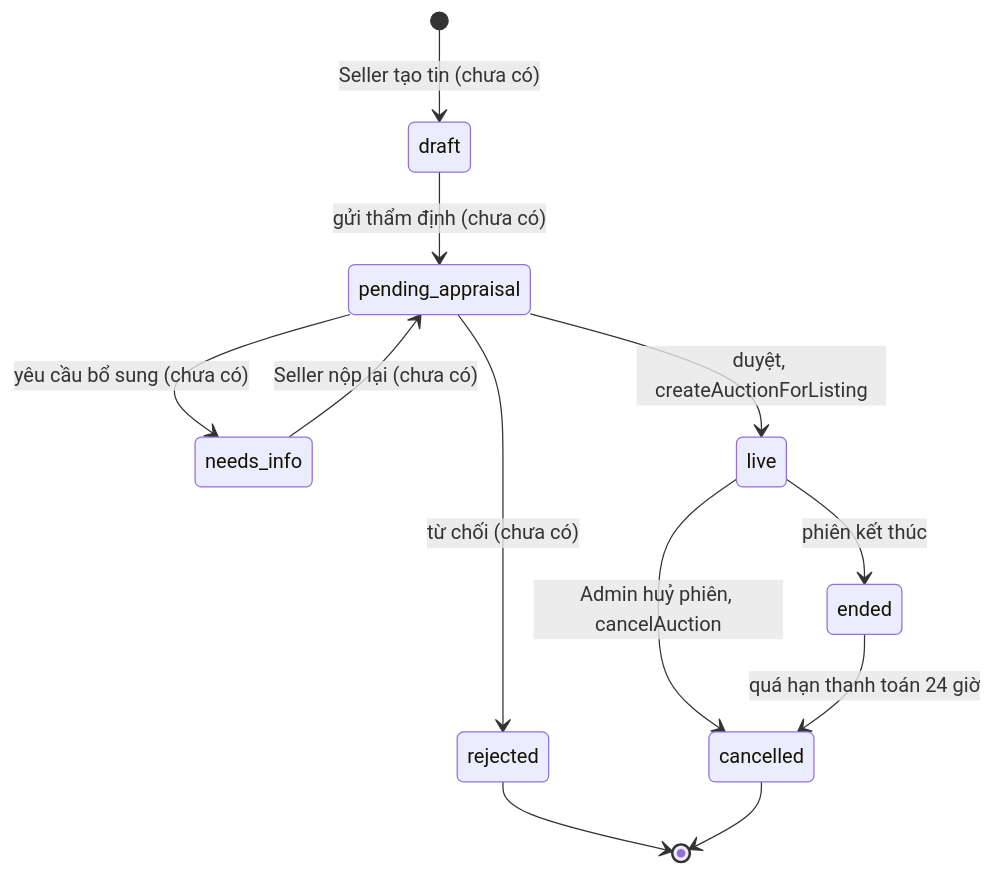
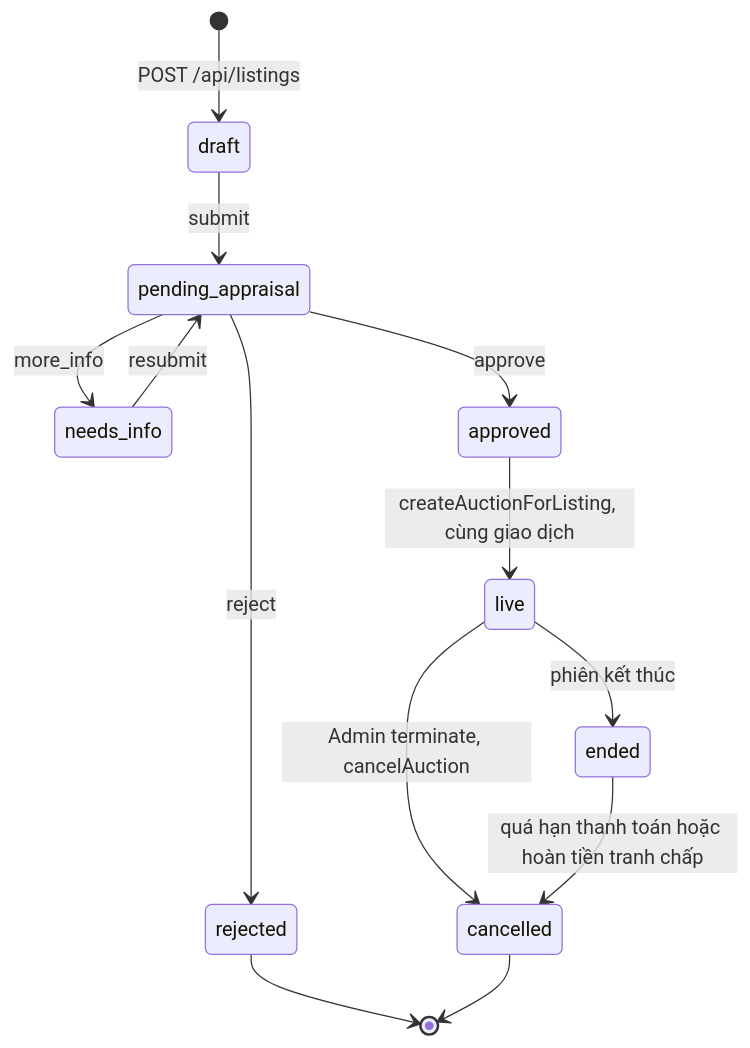
Before and after one commit to HoaiAn1510/bidvibe_be: the second of 5 diagrams in docs/mainflow.md, drawn with Mermaid. The commit also changed other lines of this file and 5 other files, not shown here.

````diff
--- a/docs/mainflow.md
+++ b/docs/mainflow.md
@@ -212,14 +212,15 @@
 ```mermaid
 stateDiagram-v2
-    [*] --> draft : Seller tạo tin (chưa có)
-    draft --> pending_appraisal : gửi thẩm định (chưa có)
-    pending_appraisal --> needs_info : yêu cầu bổ sung (chưa có)
-    needs_info --> pending_appraisal : Seller nộp lại (chưa có)
-    pending_appraisal --> rejected : từ chối (chưa có)
-    pending_appraisal --> live : duyệt, createAuctionForListing
+    [*] --> draft : POST /api/listings
+    draft --> pending_appraisal : submit
+    pending_appraisal --> needs_info : more_info
+    needs_info --> pending_appraisal : resubmit
+    pending_appraisal --> rejected : reject
+    pending_appraisal --> approved : approve
+    approved --> live : createAuctionForListing, cùng giao dịch
     live --> ended : phiên kết thúc
-    live --> cancelled : Admin huỷ phiên, cancelAuction
-    ended --> cancelled : quá hạn thanh toán 24 giờ
+    live --> cancelled : Admin terminate, cancelAuction
+    ended --> cancelled : quá hạn thanh toán hoặc hoàn tiền tranh chấp
     rejected --> [*]
     cancelled --> [*]
 ```
````
